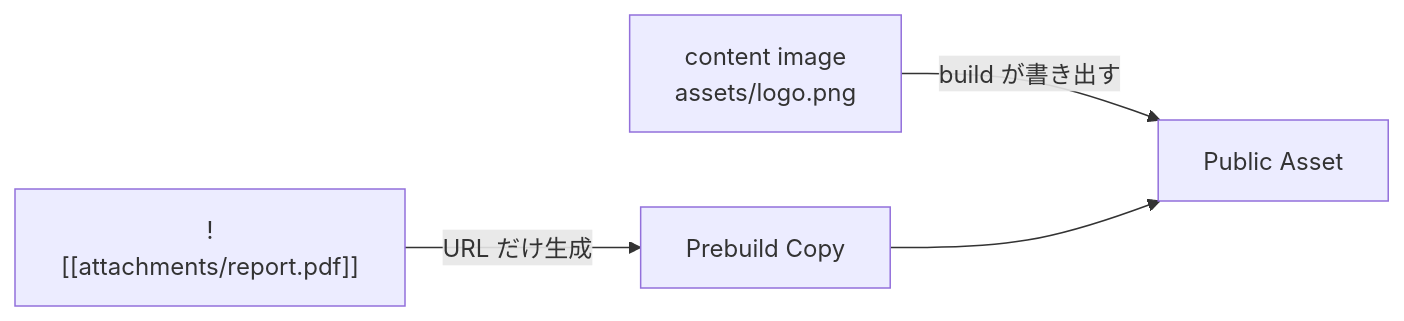
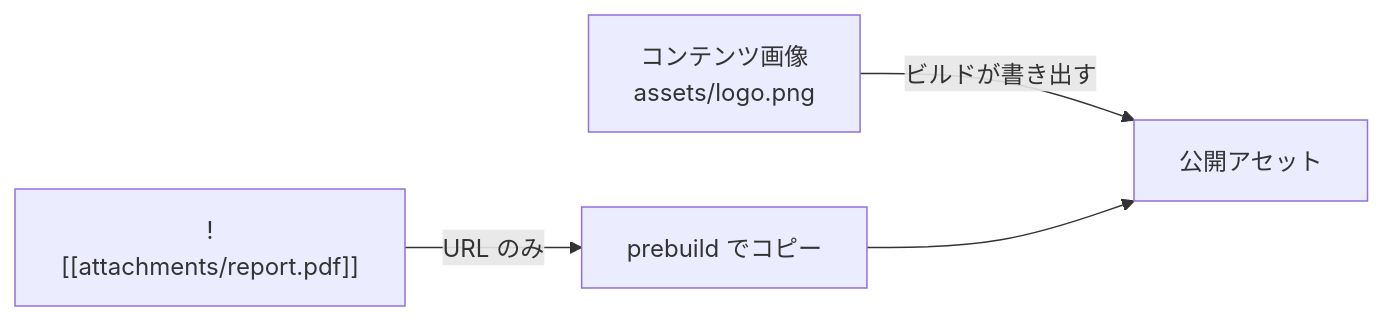
One commit to Rerurate514/riebeckite changed the ninth of 13 diagrams in docs/docs/guides/deployment/separate-content-repository.ja.md. Above: the diagram before and after it, drawn with Mermaid. The commit also changed other lines of this file and 310 other files, not shown here.

````diff
--- a/docs/docs/guides/deployment/separate-content-repository.ja.md
+++ b/docs/docs/guides/deployment/separate-content-repository.ja.md
@@ -893,9 +404,9 @@
-```mermaid id="4nfh04"
+```mermaid
 flowchart LR
-    Image["content image<br/>assets/logo.png"]
+    Image["コンテンツ画像<br/>assets/logo.png"]
     Attach["![[attachments/report.pdf]]"]
 
-    Image -->|"build が書き出す"| Public["Public Asset"]
-    Attach -->|"URL だけ生成"| Copy["Prebuild Copy"]
+    Image -->|"ビルドが書き出す"| Public["公開アセット"]
+    Attach -->|"URL のみ"| Copy["prebuild でコピー"]
     Copy --> Public
 ```
````
